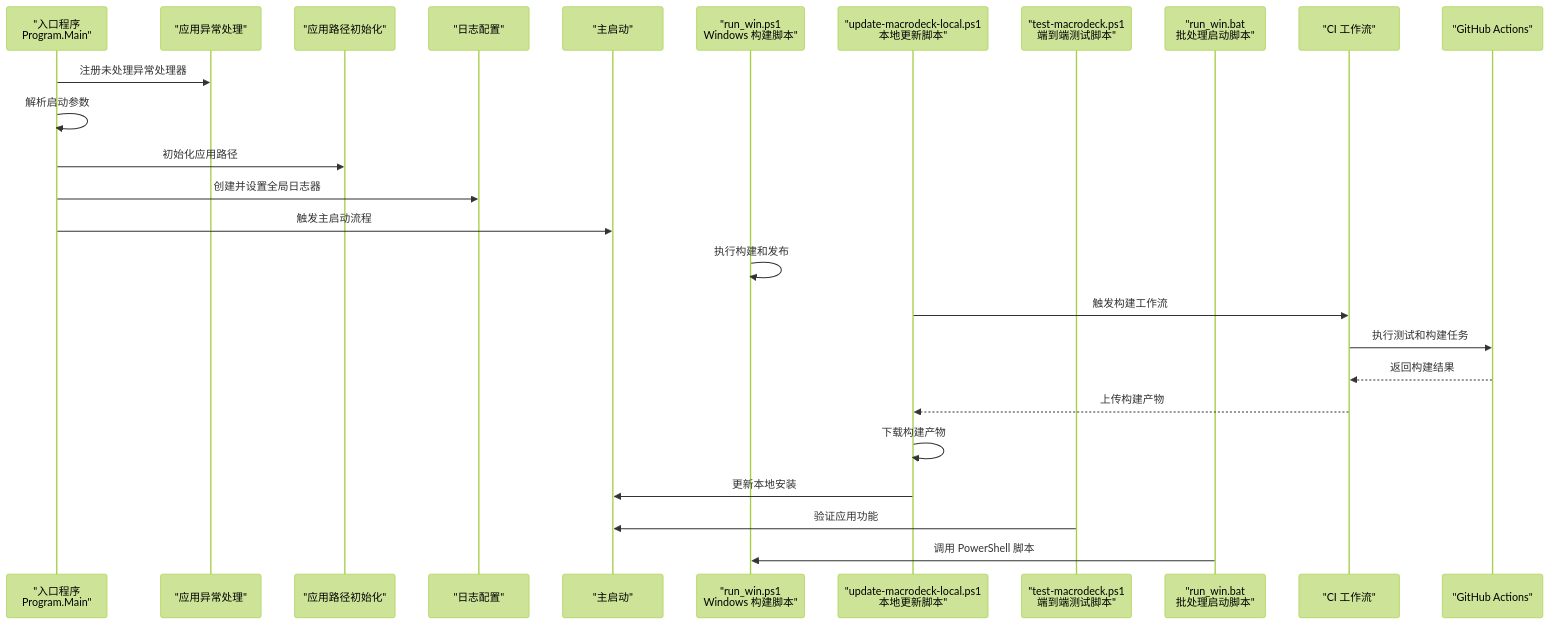
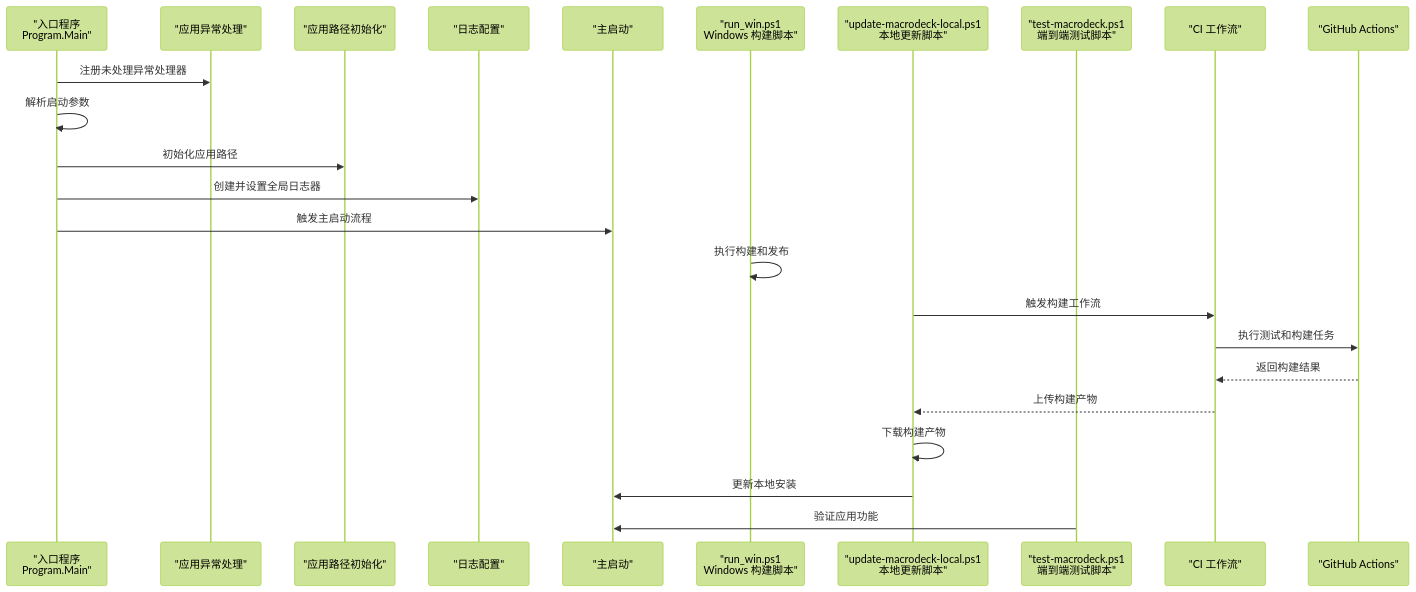
One commit to tea4go/Macro-Deck changed the second of 5 diagrams in .qoder/repowiki/zh/content/开发者指南/开发者指南.md. Above: the diagram before and after it, drawn with Mermaid (forest theme). The commit also changed other lines of this file and 63 other files, not shown here.

````diff
--- a/.qoder/repowiki/zh/content/开发者指南/开发者指南.md
+++ b/.qoder/repowiki/zh/content/开发者指南/开发者指南.md
@@ -124,28 +125,26 @@
 ```mermaid
 sequenceDiagram
 participant Entry as "入口程序<br/>Program.Main"
 participant App as "应用异常处理"
 participant Paths as "应用路径初始化"
 participant Logger as "日志配置"
 participant Host as "主启动"
 participant RunWin as "run_win.ps1<br/>Windows 构建脚本"
 participant UpdateLocal as "update-macrodeck-local.ps1<br/>本地更新脚本"
 participant TestScript as "test-macrodeck.ps1<br/>端到端测试脚本"
-participant RunBat as "run_win.bat<br/>批处理启动脚本"
 participant CI as "CI 工作流"
 participant GH as "GitHub Actions"
 Entry->>App : 注册未处理异常处理器
 Entry->>Entry : 解析启动参数
 Entry->>Paths : 初始化应用路径
 Entry->>Logger : 创建并设置全局日志器
 Entry->>Host : 触发主启动流程
 RunWin->>RunWin : 执行构建和发布
 UpdateLocal->>CI : 触发构建工作流
 CI->>GH : 执行测试和构建任务
 GH-->>CI : 返回构建结果
 CI-->>UpdateLocal : 上传构建产物
 UpdateLocal->>UpdateLocal : 下载构建产物
 UpdateLocal->>Host : 更新本地安装
 TestScript->>Host : 验证应用功能
-RunBat->>RunWin : 调用 PowerShell 脚本
 ```
````
